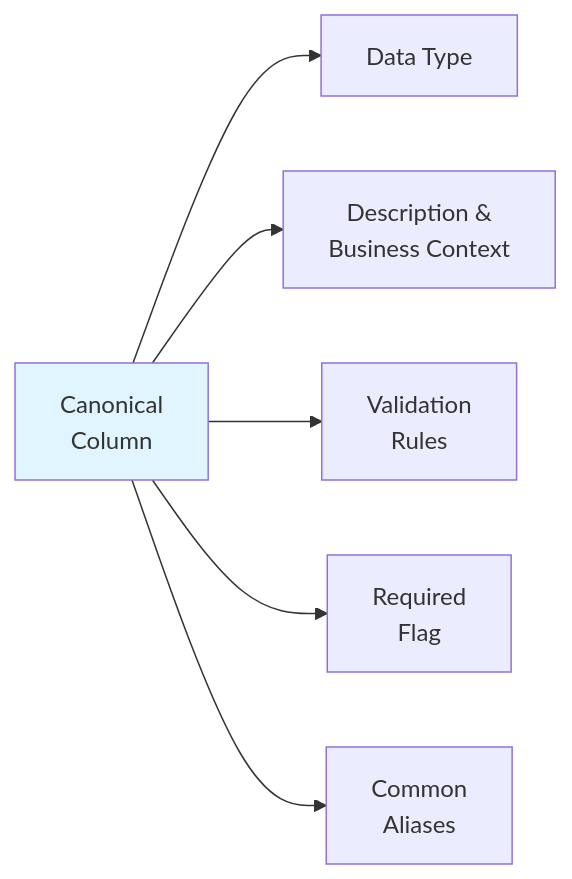
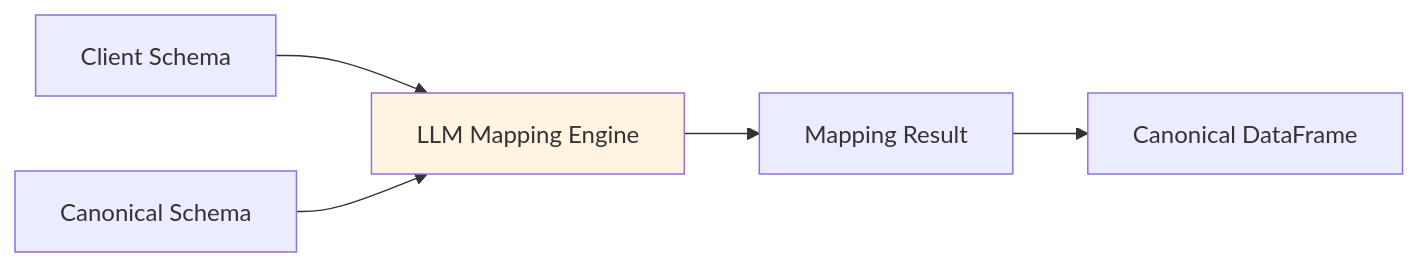
One commit to prince1823/colab91-ap-agent changed the second of 11 diagrams in docs/architecture.md. Above: the diagram before and after it, drawn with Mermaid. The commit also changed other lines of this file and 1 other file, not shown here.

````diff
--- a/docs/architecture.md
+++ b/docs/architecture.md
@@ -128,10 +37,9 @@
 ```mermaid
 flowchart LR
-    A[Canonical<br/>Column] --> B[Data Type]
-    A --> C[Description &<br/>Business Context]
-    A --> D[Validation<br/>Rules]
-    A --> E[Required<br/>Flag]
-    A --> F[Common<br/>Aliases]
+    A[Client Schema] --> B[LLM Mapping Engine]
+    C[Canonical Schema] --> B
+    B --> D[Mapping Result]
+    D --> E[Canonical DataFrame]
     
-    style A fill:#e1f5ff
+    style B fill:#fff4e1
 ```
````
